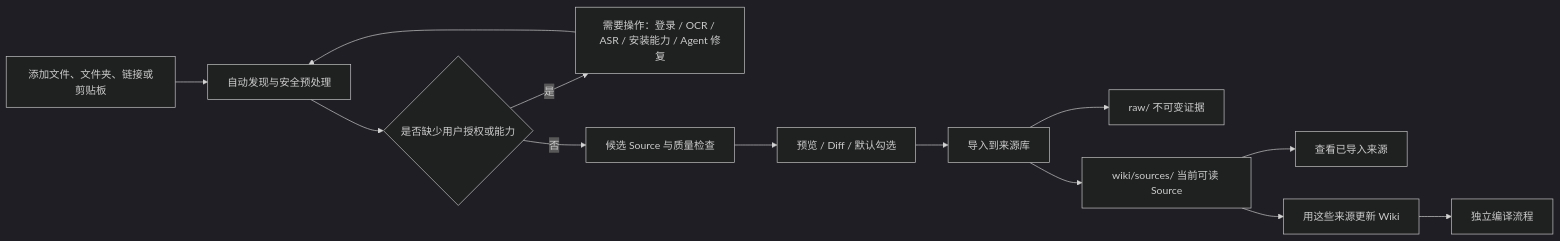
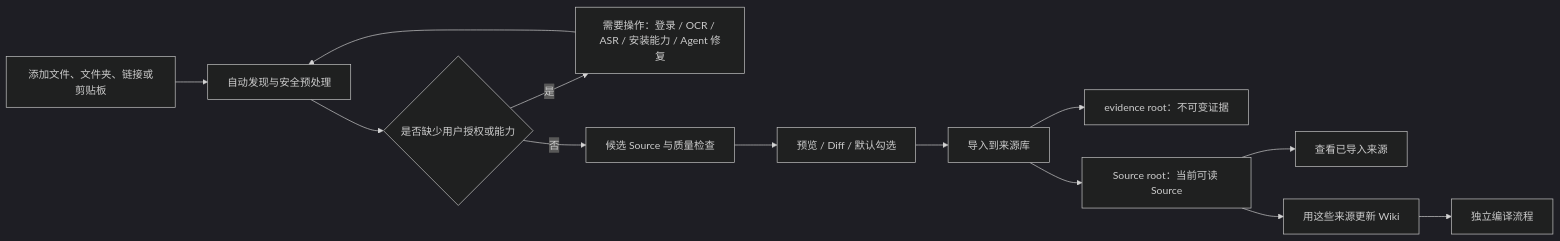
The diagram in docs/superpowers/specs/2026-07-24-import-source-media-flow-design.md (StoneLL1/llm-wiki-desktop), drawn with Mermaid (dark theme) before and after one commit. The commit also changed other lines of this file and 132 other files, not shown here.

````diff
--- a/docs/superpowers/specs/2026-07-24-import-source-media-flow-design.md
+++ b/docs/superpowers/specs/2026-07-24-import-source-media-flow-design.md
@@ -19,15 +20,15 @@
 ```mermaid
 flowchart LR
   A["添加文件、文件夹、链接或剪贴板"] --> B["自动发现与安全预处理"]
   B --> C{"是否缺少用户授权或能力"}
   C -- "是" --> D["需要操作：登录 / OCR / ASR / 安装能力 / Agent 修复"]
   D --> B
   C -- "否" --> E["候选 Source 与质量检查"]
   E --> F["预览 / Diff / 默认勾选"]
   F --> G["导入到来源库"]
-  G --> H["raw/ 不可变证据"]
-  G --> I["wiki/sources/ 当前可读 Source"]
+  G --> H["evidence root：不可变证据"]
+  G --> I["Source root：当前可读 Source"]
   I --> J["查看已导入来源"]
   I --> K["用这些来源更新 Wiki"]
   K --> L["独立编译流程"]
 ```
````
